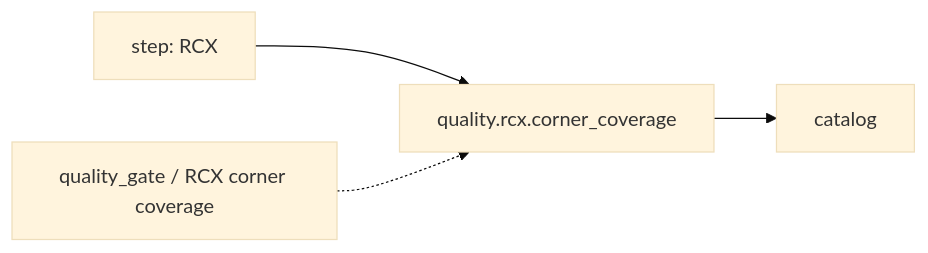
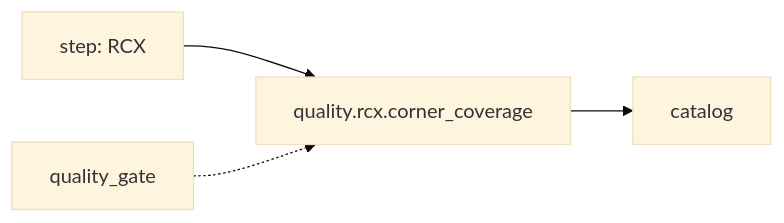
Before and after one commit to openecos-projects/ecc: diagram 12 of 45 in .github/signoff-board/signoff-kanban.md, drawn with Mermaid (base theme). The commit also changed other lines of this file and 4 other files, not shown here.

````diff
--- a/.github/signoff-board/signoff-kanban.md
+++ b/.github/signoff-board/signoff-kanban.md
@@ -195,6 +363,6 @@
 ```mermaid
 flowchart LR
   step_quality_rcx_corner_coverage["step: RCX"] --> metric_quality_rcx_corner_coverage["quality.rcx.corner_coverage"]
   metric_quality_rcx_corner_coverage --> state_quality_rcx_corner_coverage["catalog"]
-  catalog_quality_rcx_corner_coverage["quality_gate / RCX corner coverage"] -.-> metric_quality_rcx_corner_coverage
+  cat_quality_rcx_corner_coverage["quality_gate"] -.-> metric_quality_rcx_corner_coverage
 ```
````
